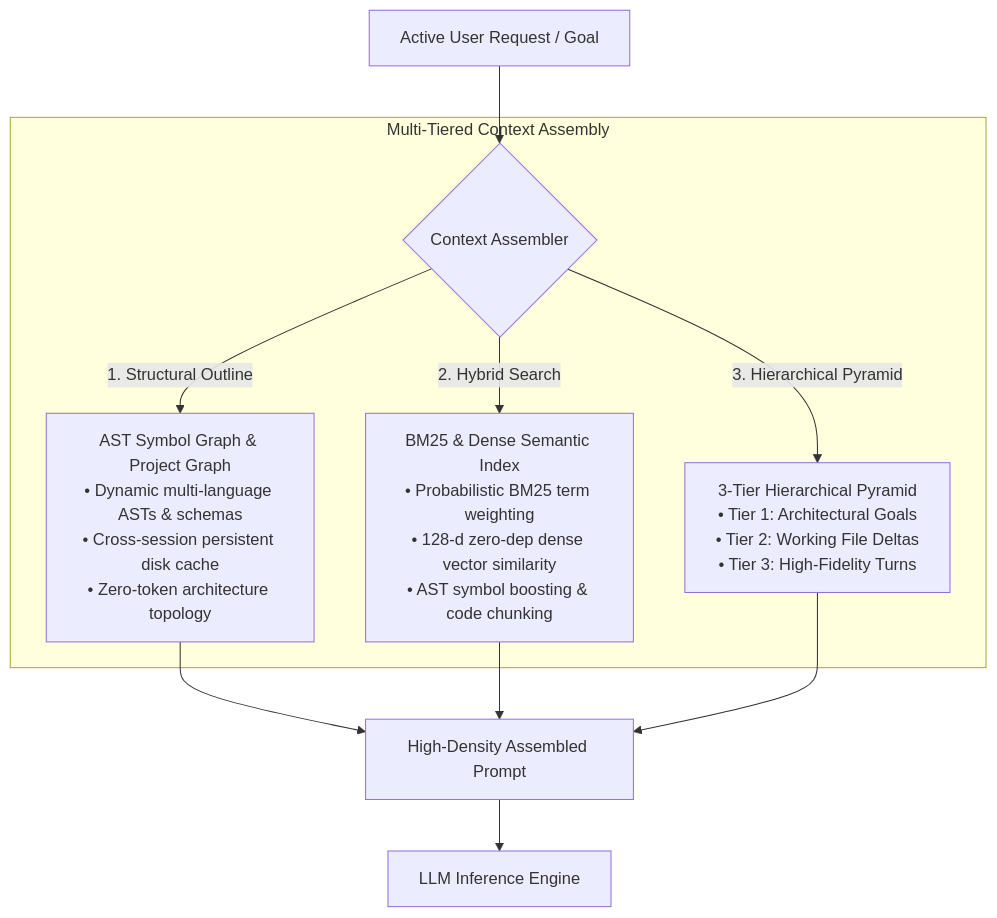
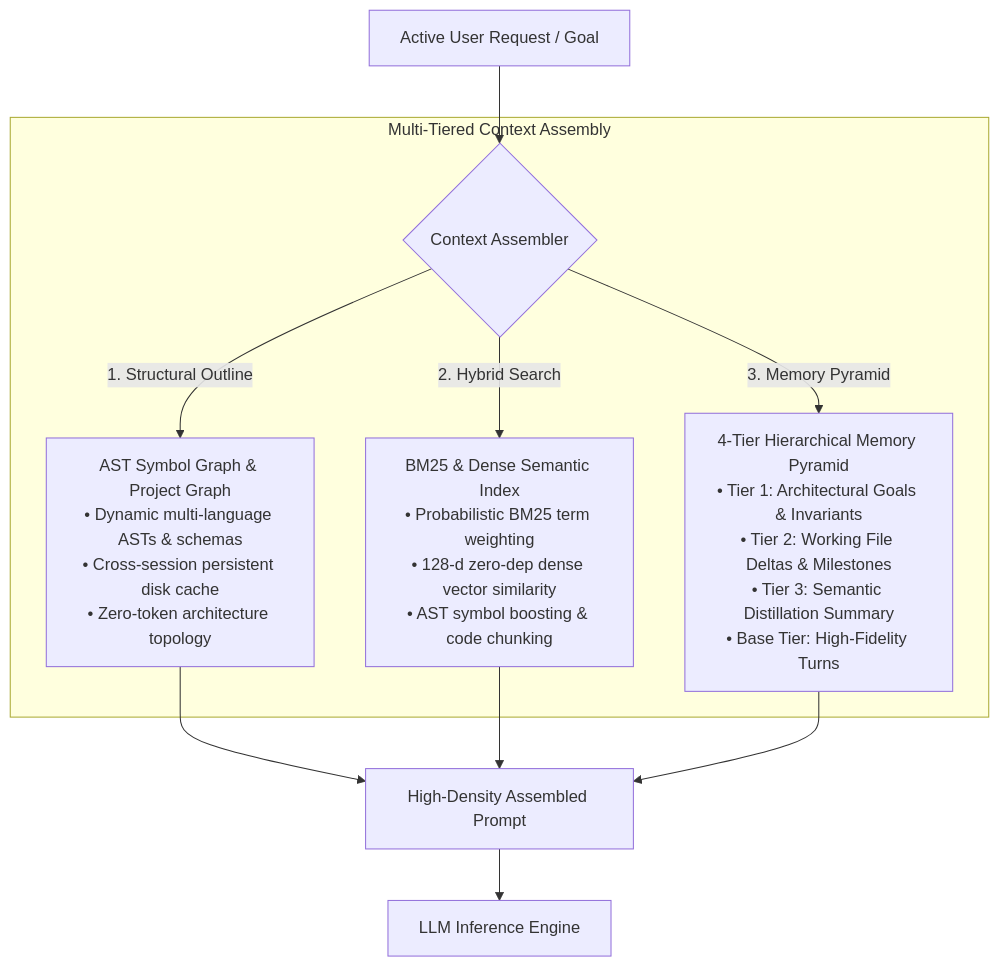
The third of 9 diagrams in docs/FLOWS.md (SAGO-AUTOMATES/SAGO-Agent), drawn with Mermaid before and after one commit. The commit also changed other lines of this file and 11 other files, not shown here.

````diff
--- a/docs/FLOWS.md
+++ b/docs/FLOWS.md
@@ -98,15 +98,15 @@
 ```mermaid
 flowchart TD
     UserRequest["Active User Request / Goal"] --> Router{"Context Assembler"}
     
     subgraph Context_Tiers["Multi-Tiered Context Assembly"]
         Router -->|1. Structural Outline| SymbolGraph["AST Symbol Graph & Project Graph\n• Dynamic multi-language ASTs & schemas\n• Cross-session persistent disk cache\n• Zero-token architecture topology"]
         Router -->|2. Hybrid Search| HybridSearch["BM25 & Dense Semantic Index\n• Probabilistic BM25 term weighting\n• 128-d zero-dep dense vector similarity\n• AST symbol boosting & code chunking"]
-        Router -->|3. Hierarchical Pyramid| Compactor["3-Tier Hierarchical Pyramid\n• Tier 1: Architectural Goals\n• Tier 2: Working File Deltas\n• Tier 3: High-Fidelity Turns"]
+        Router -->|3. Memory Pyramid| Compactor["4-Tier Hierarchical Memory Pyramid\n• Tier 1: Architectural Goals & Invariants\n• Tier 2: Working File Deltas & Milestones\n• Tier 3: Semantic Distillation Summary\n• Base Tier: High-Fidelity Turns"]
     end
     
     SymbolGraph --> HighDensityPrompt["High-Density Assembled Prompt"]
     HybridSearch --> HighDensityPrompt
     Compactor --> HighDensityPrompt
     HighDensityPrompt --> LLM["LLM Inference Engine"]
 ```
````
